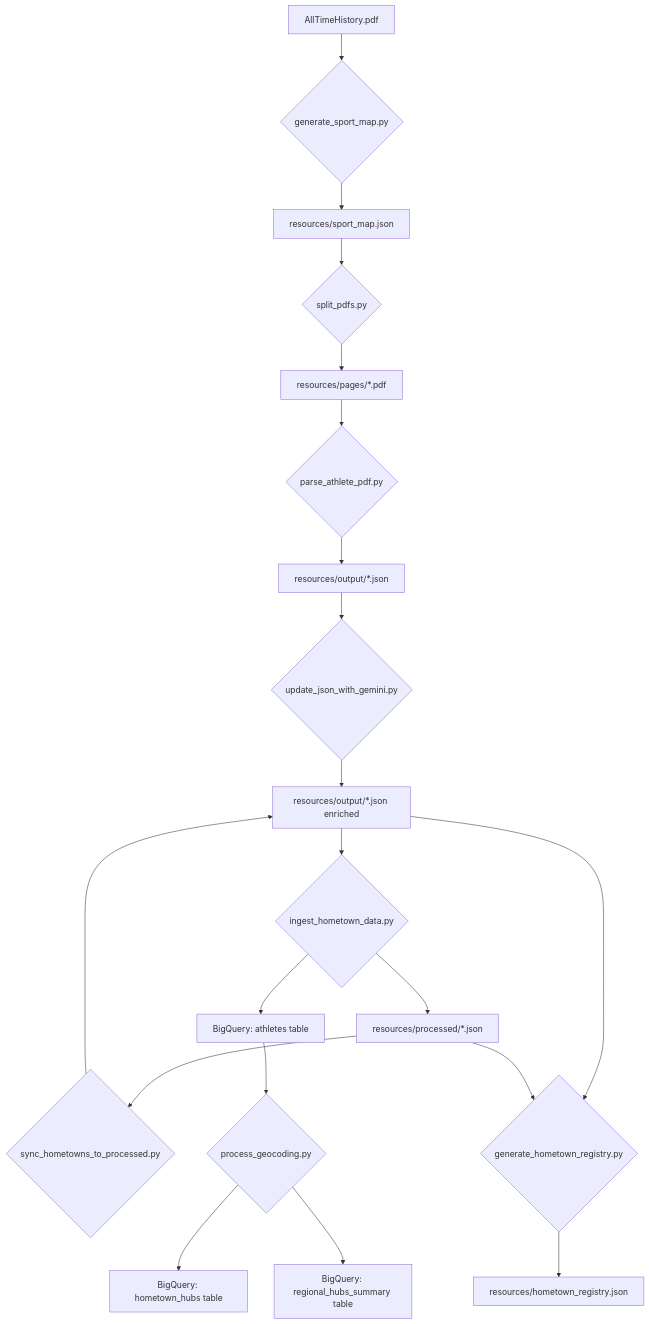
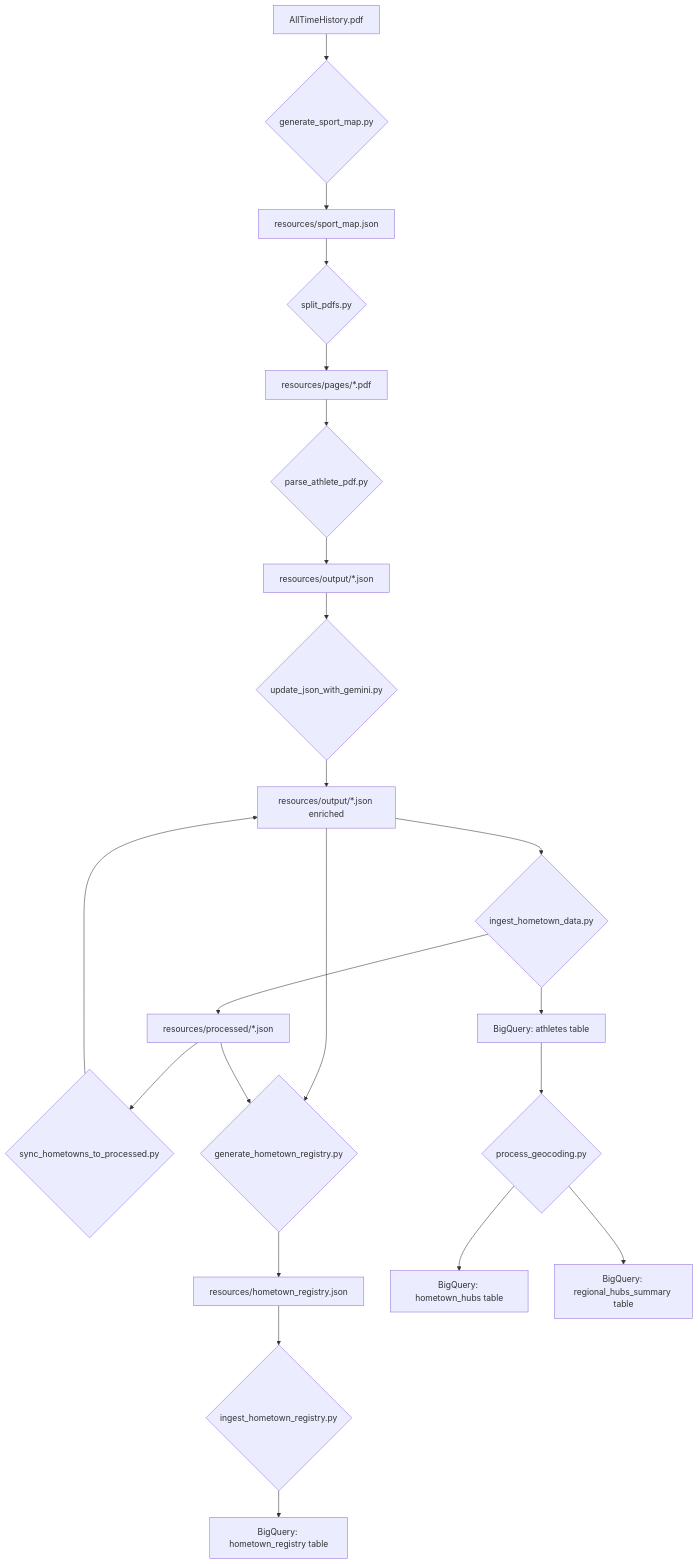
One commit to kwsang/hometown-heroes changed the diagram in scripts/README.md. Above: the diagram before and after it, drawn with Mermaid. The commit also changed other lines of this file and 4 other files, not shown here.

````diff
--- a/scripts/README.md
+++ b/scripts/README.md
@@ -13,21 +13,22 @@
 ```mermaid
 graph TD
     A[AllTimeHistory.pdf] --> B{generate_sport_map.py};
     B --> C[resources/sport_map.json];
     C --> D{split_pdfs.py};
     D --> E[resources/pages/*.pdf];
     E --> F{parse_athlete_pdf.py};
     F --> G[resources/output/*.json];
     G --> H{update_json_with_gemini.py} --> I[resources/output/*.json enriched];
     M[resources/processed/*.json] --> J{sync_hometowns_to_processed.py};
     J --> I;
     I --> K{ingest_hometown_data.py};
     I --> Q{generate_hometown_registry.py};
     M --> Q;
-    Q --> R[resources/hometown_registry.json];
+    Q --> R[resources/hometown_registry.json] --> S{ingest_hometown_registry.py};
+    S --> T[BigQuery: hometown_registry table];
     K --> L[BigQuery: athletes table];
     K --> M[resources/processed/*.json];
     L --> N{process_geocoding.py};
     N --> O[BigQuery: hometown_hubs table];
     N --> P[BigQuery: regional_hubs_summary table];
 ```
````
